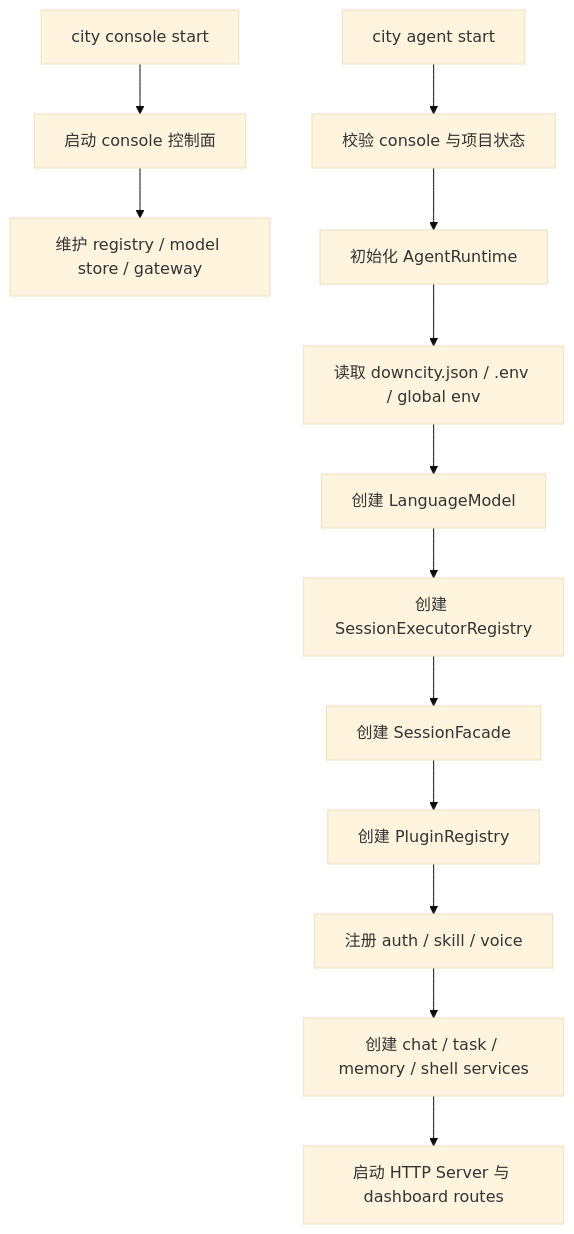
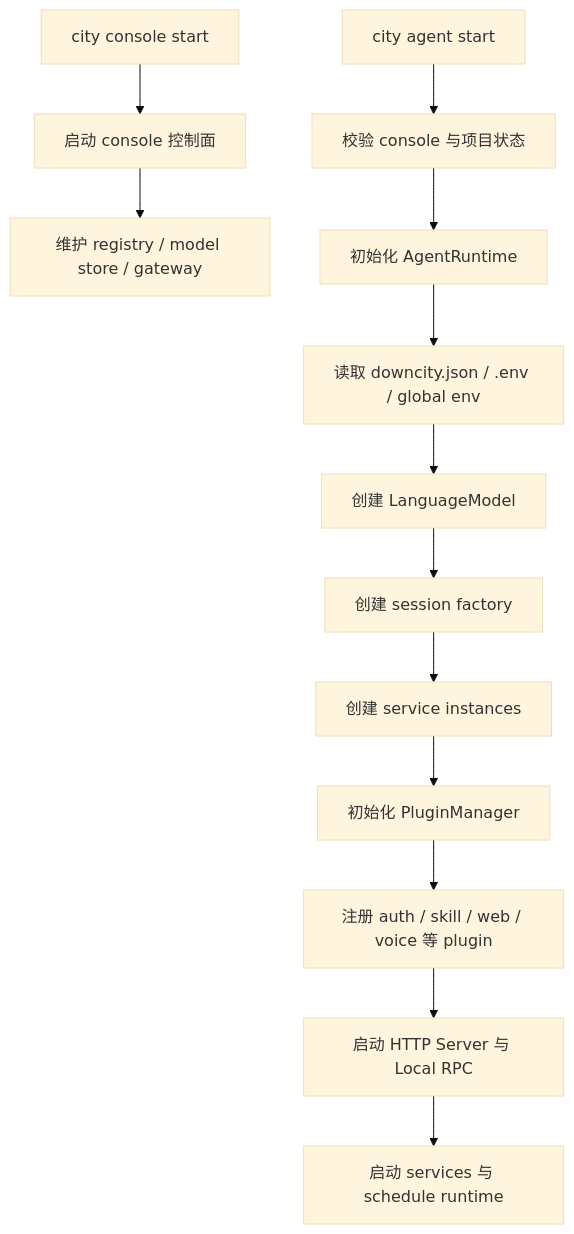
The second of 3 diagrams in homepage/content/devdocs/zh/architecture/system-logic.mdx (wangenius/downcity), drawn with Mermaid (base theme) before and after one commit. The commit also changed other lines of this file and 304 other files, not shown here.

Commit message:
refactor(agent): reorganize package architecture

````diff
--- a/homepage/content/devdocs/zh/architecture/system-logic.mdx
+++ b/homepage/content/devdocs/zh/architecture/system-logic.mdx
@@ -161,16 +160,16 @@
 ```mermaid
 flowchart TD
   A["city console start"] --> B["启动 console 控制面"]
   B --> C["维护 registry / model store / gateway"]
 
   D["city agent start"] --> E["校验 console 与项目状态"]
   E --> F["初始化 AgentRuntime"]
   F --> G["读取 downcity.json / .env / global env"]
   G --> H["创建 LanguageModel"]
-  H --> I["创建 SessionExecutorRegistry"]
-  I --> J["创建 SessionFacade"]
-  J --> K["创建 PluginRegistry"]
-  K --> L["注册 auth / skill / voice"]
-  L --> M["创建 chat / task / memory / shell services"]
-  M --> N["启动 HTTP Server 与 dashboard routes"]
+  H --> I["创建 session factory"]
+  I --> J["创建 service instances"]
+  J --> K["初始化 PluginManager"]
+  K --> L["注册 auth / skill / web / voice 等 plugin"]
+  L --> M["启动 HTTP Server 与 Local RPC"]
+  M --> N["启动 services 与 schedule runtime"]
 ```
````
